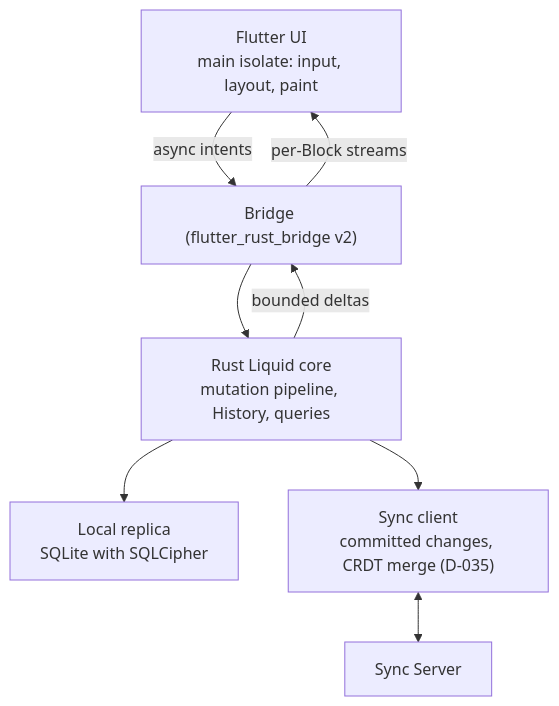
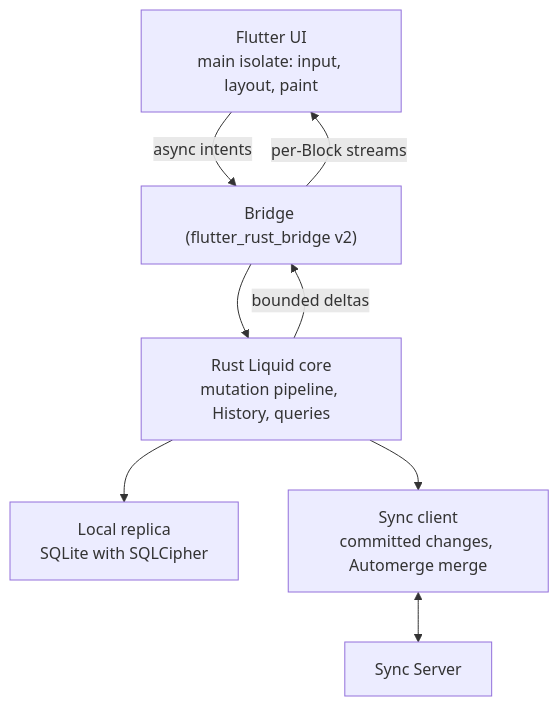
One commit to Open-Equilibrium/watershed changed the diagram in docs/concept/liquid-client-architecture.md. Above: the diagram before and after it, drawn with Mermaid. The commit also changed other lines of this file and 6 other files, not shown here.

First line of the commit message:
docs: merge Liquid replicas with Automerge 3

````diff
--- a/docs/concept/liquid-client-architecture.md
+++ b/docs/concept/liquid-client-architecture.md
@@ -11,10 +11,10 @@
 ```mermaid
 flowchart TD
   UI["Flutter UI<br/>main isolate: input, layout, paint"] -->|"async intents"| BR["Bridge (flutter_rust_bridge v2)"]
   BR --> CORE["Rust Liquid core<br/>mutation pipeline, History, queries"]
   CORE --> ST["Local replica<br/>SQLite with SQLCipher"]
-  CORE --> SY["Sync client<br/>committed changes, CRDT merge (D-035)"]
+  CORE --> SY["Sync client<br/>committed changes, Automerge merge"]
   SY <--> SS["Sync Server"]
   CORE -->|"bounded deltas"| BR
   BR -->|"per-Block streams"| UI
 ```
````
